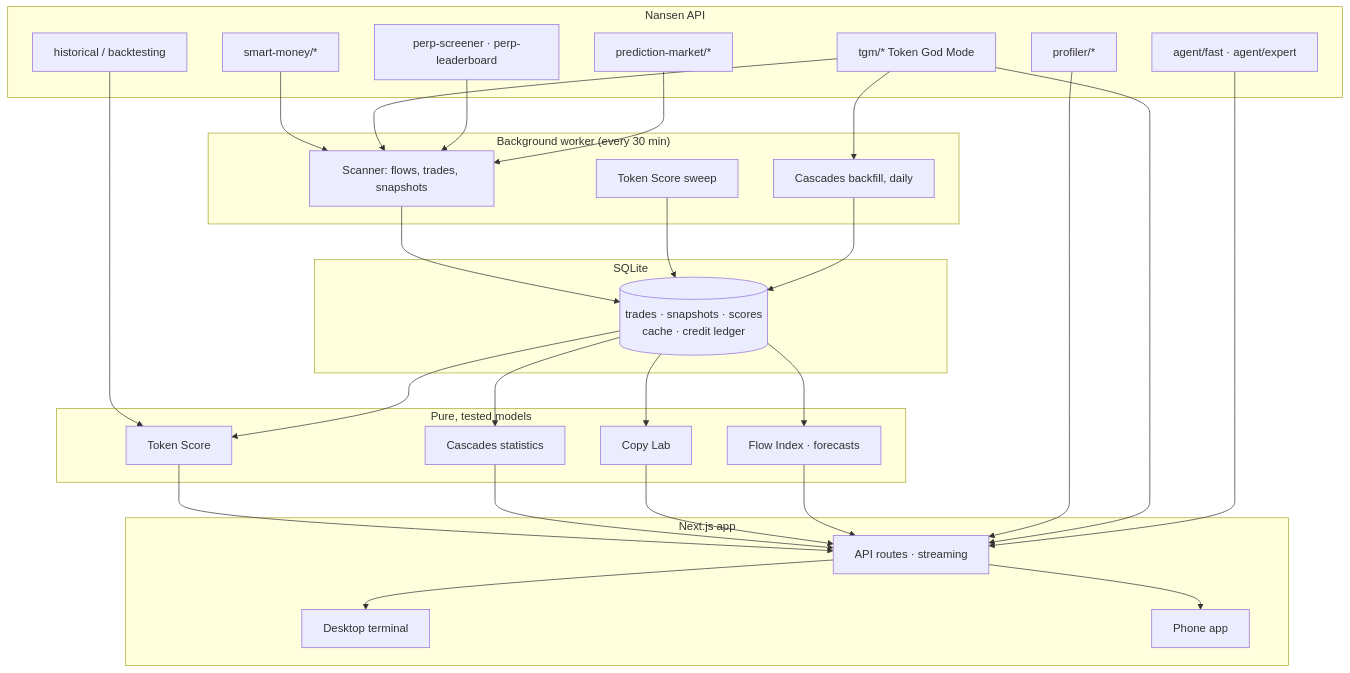
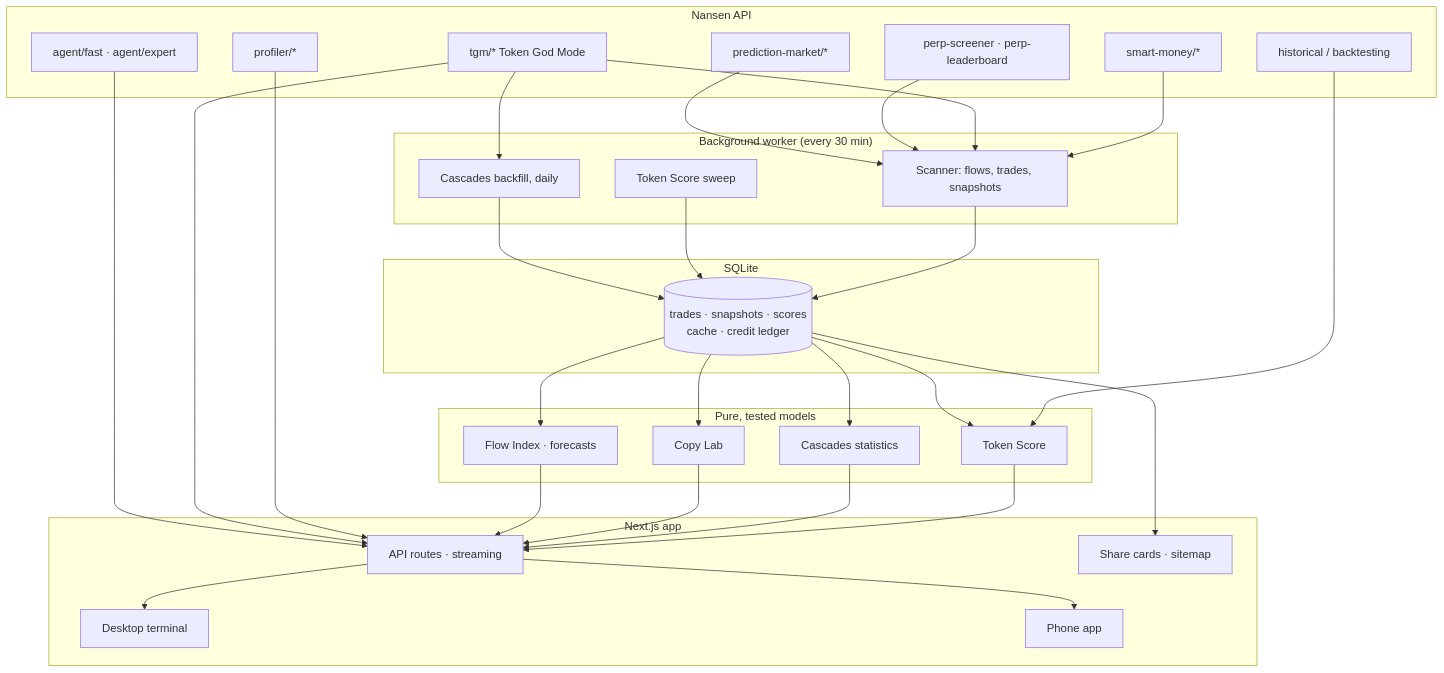
The fourth of 5 diagrams in README.md (ghostCODERWEB/peregrine-multichain), drawn with Mermaid before and after one commit. The commit also changed other lines of this file and 65 other files, not shown here.

````diff
--- a/README.md
+++ b/README.md
@@ -350,40 +572,42 @@
 ```mermaid
 flowchart TB
   subgraph Nansen API
     SM[smart-money/*]
     TGM[tgm/* Token God Mode]
     PR[profiler/*]
     HL[perp-screener · perp-leaderboard]
     PM[prediction-market/*]
     BT[historical / backtesting]
     AG[agent/fast · agent/expert]
   end
   subgraph Worker["Background worker (every 30 min)"]
     SC[Scanner: flows, trades, snapshots]
     SW[Token Score sweep]
     CB[Cascades backfill, daily]
   end
   subgraph Store["SQLite"]
     DB[(trades · snapshots · scores<br/>cache · credit ledger)]
   end
   subgraph Models["Pure, tested models"]
     M1[Token Score]
     M2[Cascades statistics]
     M3[Copy Lab]
     M4[Flow Index · forecasts]
   end
   subgraph App["Next.js app"]
     UI[Desktop terminal]
     PH[Phone app]
     API[API routes · streaming]
+    OG[Share cards · sitemap]
   end
   SM & TGM & HL & PM --> SC
   TGM --> CB
   BT --> M1
   SC & SW & CB --> DB
   DB --> M1 & M2 & M3 & M4
   M1 & M2 & M3 & M4 --> API
   PR & TGM --> API
   AG --> API
   API --> UI & PH
+  DB --> OG
 ```
````
